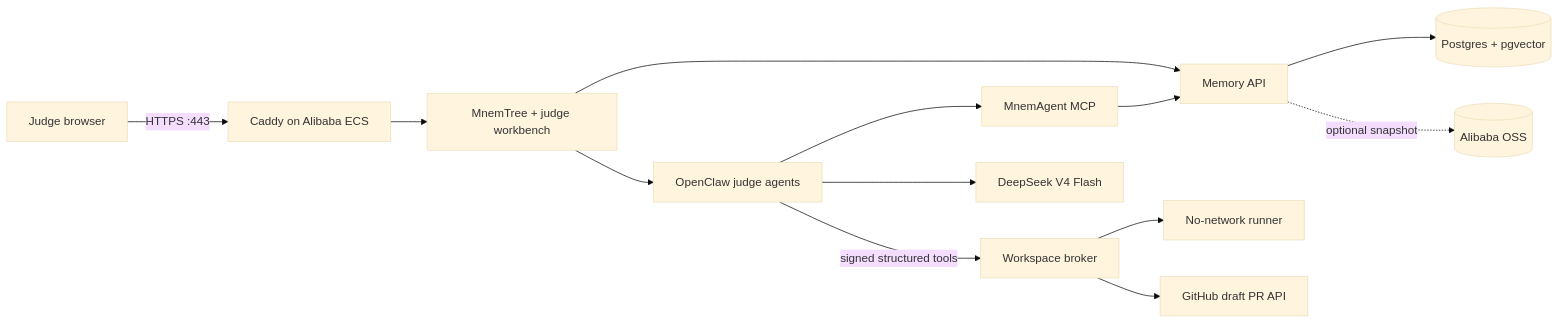
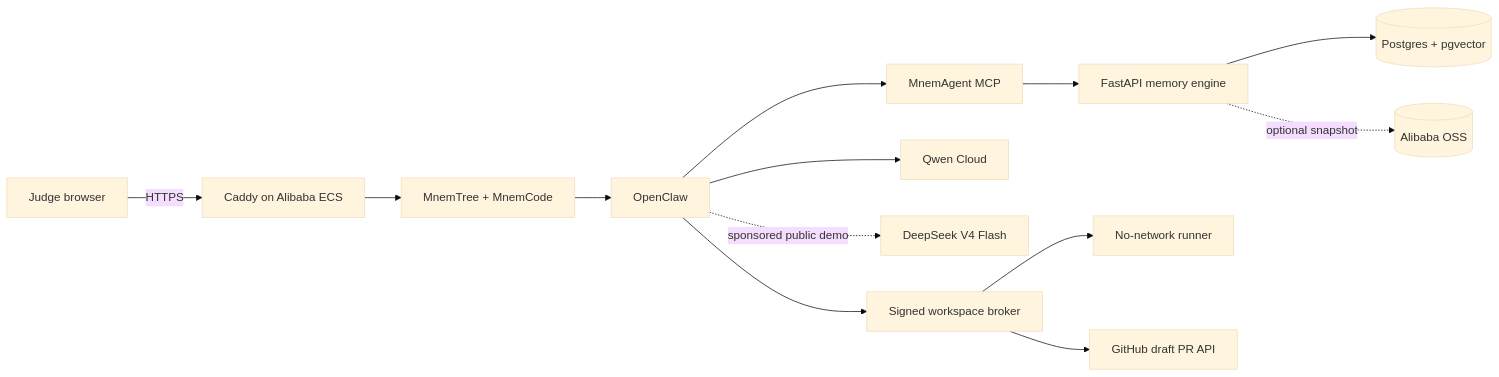
Before and after one commit to crankysmh47/MnemAgent: the first of 3 diagrams in docs/ARCHITECTURE.md, drawn with Mermaid (base theme). The commit also changed other lines of this file and 53 other files, not shown here.

Commit message:
feat: finalize judge-ready memory submission

````diff
--- a/docs/ARCHITECTURE.md
+++ b/docs/ARCHITECTURE.md
@@ -229,15 +9,15 @@
 ```mermaid
 flowchart LR
-  J["Judge browser"] -->|"HTTPS :443"| C["Caddy on Alibaba ECS"]
-  C --> V["MnemTree + judge workbench"]
-  V --> O["OpenClaw judge agents"]
+  J["Judge browser"] -->|"HTTPS"| C["Caddy on Alibaba ECS"]
+  C --> U["MnemTree + MnemCode"]
+  U --> O["OpenClaw"]
   O --> M["MnemAgent MCP"]
-  O -->|"signed structured tools"| B["Workspace broker"]
-  M --> A["Memory API"]
-  V --> A
+  M --> A["FastAPI memory engine"]
   A --> P[("Postgres + pgvector")]
-  O --> D["DeepSeek V4 Flash"]
+  O --> Q["Qwen Cloud"]
+  O -. "sponsored public demo" .-> D["DeepSeek V4 Flash"]
+  O --> B["Signed workspace broker"]
   B --> R["No-network runner"]
   B --> G["GitHub draft PR API"]
   A -. "optional snapshot" .-> S[("Alibaba OSS")]
 ```
````
